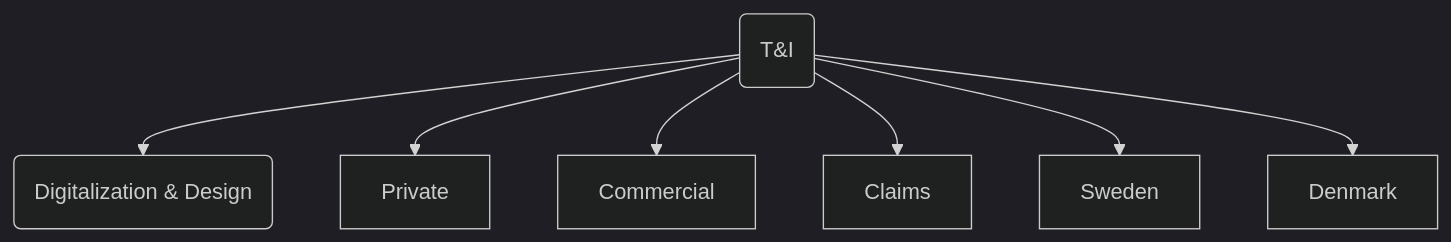
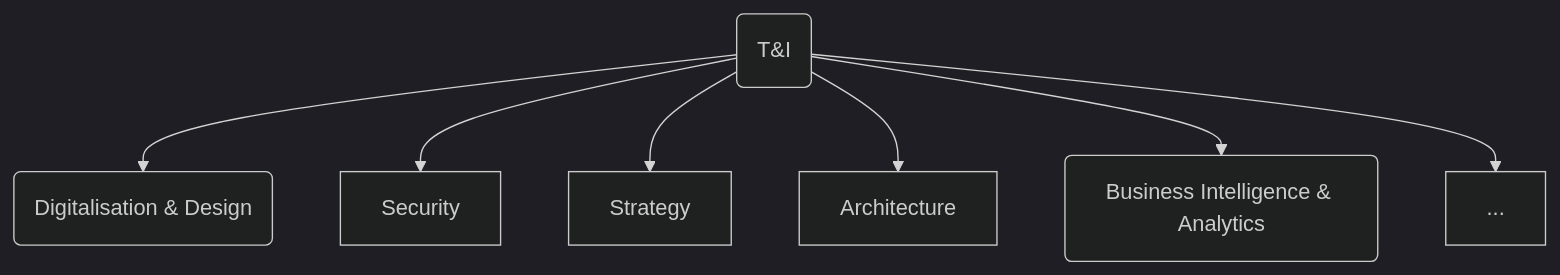
The second of 4 diagrams in slides.md (Bellfalasch/frontend-forum), drawn with Mermaid (dark theme) before and after one commit. The commit also changed other lines of this file, not shown here.

````diff
--- a/slides.md
+++ b/slides.md
@@ -94,9 +98,9 @@
 ```mermaid
 graph TD;
-    TI(T&I)-->DD(Digitalization & Design);
-    TI(T&I)-->Private;
-    TI(T&I)-->Commercial;
-    TI(T&I)-->Claims;
-    TI(T&I)-->Sweden;
-    TI(T&I)-->Denmark;
+    TI(T&I)-->DD(Digitalisation & Design);
+    TI(T&I)-->Security;
+    TI(T&I)-->Strategy;
+    TI(T&I)-->Architecture;
+    TI(T&I)-->BI(Business Intelligence & Analytics);
+    TI(T&I)-->...;
 ```
````
